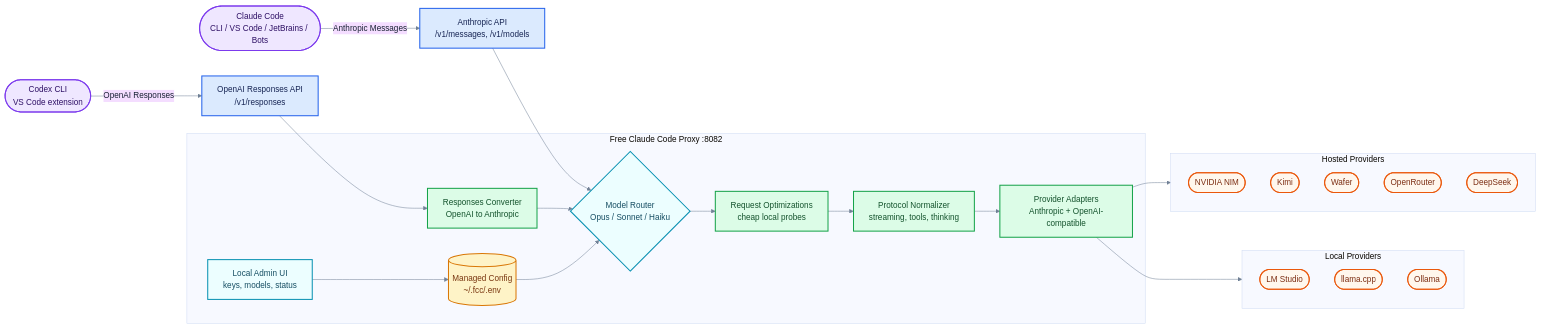
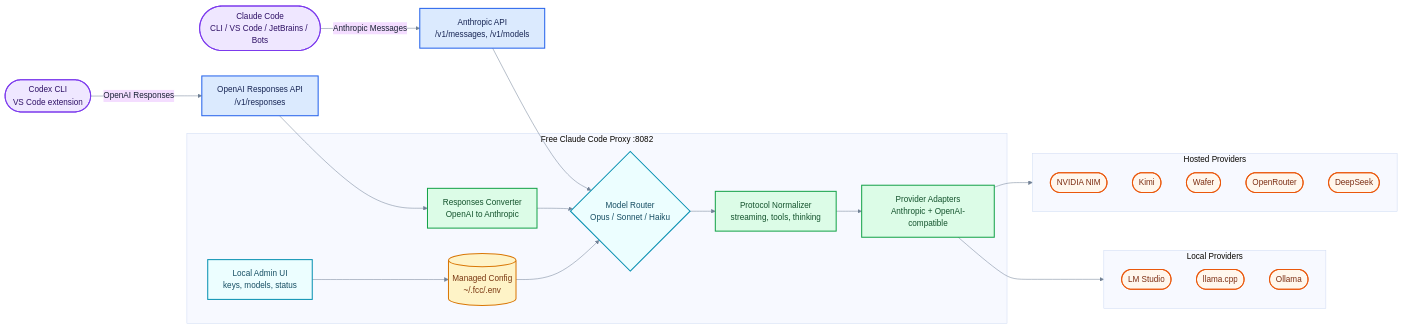
The diagram in assets/how-it-works.mmd (Alishahryar1/free-claude-code), drawn with Mermaid before and after one commit. The commit also changed 25 other files, not shown here.

First line of the commit message:
patch: Remove five Claude request optimizations (#2112)

```diff
--- a/assets/how-it-works.mmd
+++ b/assets/how-it-works.mmd
@@ -1,57 +1,55 @@
 %%{init: {"theme": "base", "themeVariables": {"fontFamily": "Inter, ui-sans-serif, system-ui, Segoe UI, Arial", "background": "transparent", "primaryTextColor": "#172033", "lineColor": "#718096"}}}%%
 flowchart LR
     claudeClient(["Claude Code<br/>CLI / VS Code / JetBrains / Bots"])
     codexClient(["Codex CLI<br/>VS Code extension"])
     messagesApi["Anthropic API<br/>/v1/messages, /v1/models"]
     responsesApi["OpenAI Responses API<br/>/v1/responses"]
 
     subgraph proxy["Free Claude Code Proxy :8082"]
         admin["Local Admin UI<br/>keys, models, status"]
         config[("Managed Config<br/>~/.fcc/.env")]
         convert["Responses Converter<br/>OpenAI to Anthropic"]
         router{"Model Router<br/>Opus / Sonnet / Haiku"}
-        optimize["Request Optimizations<br/>cheap local probes"]
         normalize["Protocol Normalizer<br/>streaming, tools, thinking"]
         adapters["Provider Adapters<br/>Anthropic + OpenAI-compatible"]
     end
 
     subgraph hosted["Hosted Providers"]
         nim(["NVIDIA NIM"])
         kimi(["Kimi"])
         wafer(["Wafer"])
         openrouter(["OpenRouter"])
         deepseek(["DeepSeek"])
     end
 
     subgraph local["Local Providers"]
         lmstudio(["LM Studio"])
         llamacpp(["llama.cpp"])
         ollama(["Ollama"])
     end
 
     claudeClient -->|"Anthropic Messages"| messagesApi
     codexClient -->|"OpenAI Responses"| responsesApi
     messagesApi --> router
     responsesApi --> convert
     convert --> router
     admin --> config
     config --> router
-    router --> optimize
-    optimize --> normalize
+    router --> normalize
     normalize --> adapters
     adapters --> hosted
     adapters --> local
 
     classDef client fill:#efe7ff,stroke:#7c3aed,stroke-width:2px,color:#2e1065;
     classDef api fill:#dbeafe,stroke:#2563eb,stroke-width:2px,color:#172554;
     classDef proxy fill:#ecfeff,stroke:#0891b2,stroke-width:2px,color:#164e63;
     classDef config fill:#fef3c7,stroke:#d97706,stroke-width:2px,color:#78350f;
     classDef transform fill:#dcfce7,stroke:#16a34a,stroke-width:2px,color:#14532d;
     classDef provider fill:#fff7ed,stroke:#ea580c,stroke-width:2px,color:#7c2d12;
 
     class claudeClient,codexClient client;
     class messagesApi,responsesApi api;
     class admin,router proxy;
     class config config;
-    class convert,optimize,normalize,adapters transform;
+    class convert,normalize,adapters transform;
     class nim,kimi,wafer,openrouter,deepseek,lmstudio,llamacpp,ollama provider;
```
